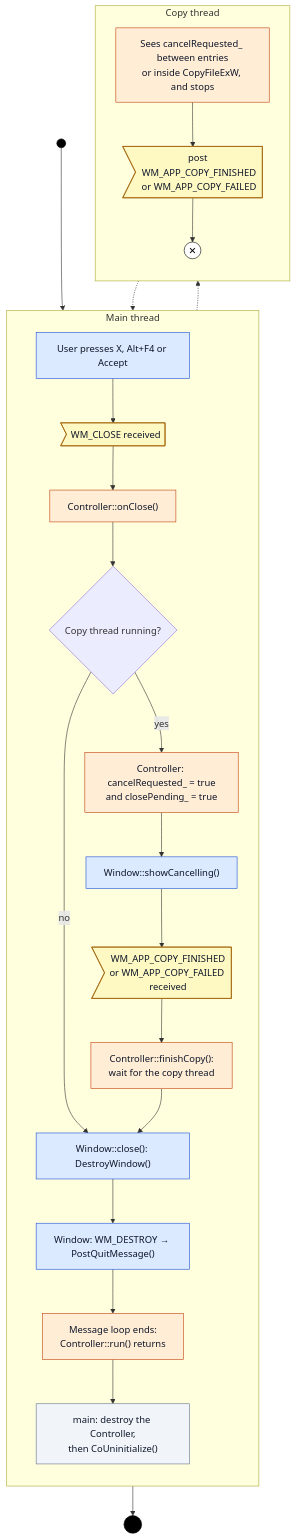
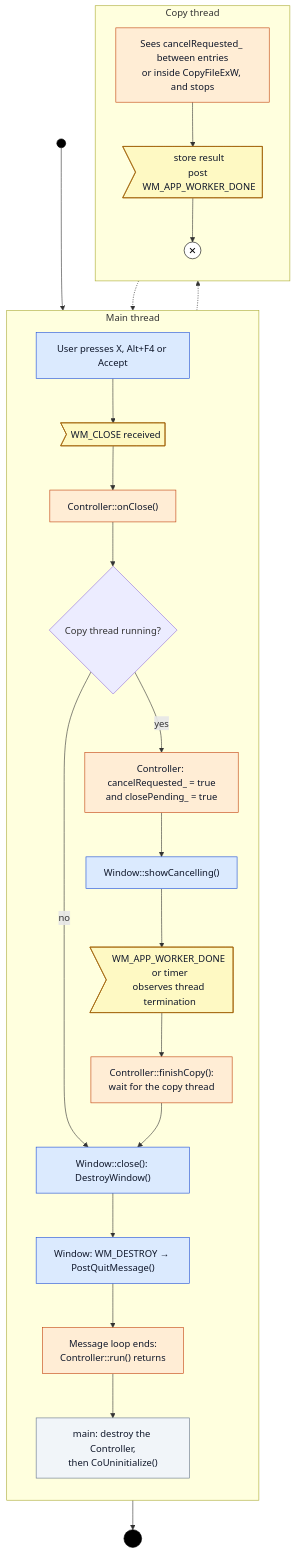
The third of 3 diagrams in docs/flow_diagram.md (cristalmirror/fullcopy), drawn with Mermaid before and after one commit. The commit also changed other lines of this file and 5 other files, not shown here.

````diff
--- a/docs/flow_diagram.md
+++ b/docs/flow_diagram.md
@@ -198,46 +201,46 @@
 ```mermaid
 flowchart TD
     xStart((" ")):::initial
 
     subgraph mainThread ["Main thread"]
         direction TB
         xUser["User presses X, Alt+F4 or Accept"]:::view
         xReceive>"WM_CLOSE received"]:::signal
         xOnClose["Controller::onClose()"]:::controller
         xRunning{"Copy thread running?"}
         xCancel["Controller: cancelRequested_ = true<br/>and closePending_ = true"]:::controller
         xCancelling["Window::showCancelling()"]:::view
-        xWaitMessage>"WM_APP_COPY_FINISHED<br/>or WM_APP_COPY_FAILED received"]:::signal
+        xWaitMessage>"WM_APP_WORKER_DONE or timer<br/>observes thread termination"]:::signal
         xFinish["Controller::finishCopy():<br/>wait for the copy thread"]:::controller
         xClose["Window::close(): DestroyWindow()"]:::view
         xDestroy["Window: WM_DESTROY → PostQuitMessage()"]:::view
         xLoopEnds["Message loop ends:<br/>Controller::run() returns"]:::controller
         xCleanup["main: destroy the Controller,<br/>then CoUninitialize()"]:::program
     end
 
     subgraph copyThread ["Copy thread"]
         direction TB
         xStops["Sees cancelRequested_ between entries<br/>or inside CopyFileExW, and stops"]:::controller
-        xPost>"post WM_APP_COPY_FINISHED<br/>or WM_APP_COPY_FAILED"]:::signal
+        xPost>"store result<br/>post WM_APP_WORKER_DONE"]:::signal
         xThreadEnd(("✕")):::flowFinal
     end
 
     xStop((("  "))):::final
 
     xStart --> xUser --> xReceive --> xOnClose --> xRunning
     xRunning -->|no| xClose
     xRunning -->|yes| xCancel --> xCancelling --> xWaitMessage --> xFinish --> xClose
     xClose --> xDestroy --> xLoopEnds --> xCleanup --> xStop
 
     xCancel -.-> xStops
     xStops --> xPost --> xThreadEnd
     xPost -.-> xWaitMessage
 
     classDef initial fill:#000,stroke:#000
     classDef final fill:#000,stroke:#000
     classDef flowFinal fill:#fff,stroke:#000,color:#000
     classDef view fill:#dbeafe,stroke:#1d4ed8,color:#0f172a
     classDef controller fill:#ffedd5,stroke:#c2410c,color:#0f172a
     classDef program fill:#f1f5f9,stroke:#64748b,color:#0f172a
     classDef signal fill:#fef9c3,stroke:#a16207,color:#0f172a
 ```
````
